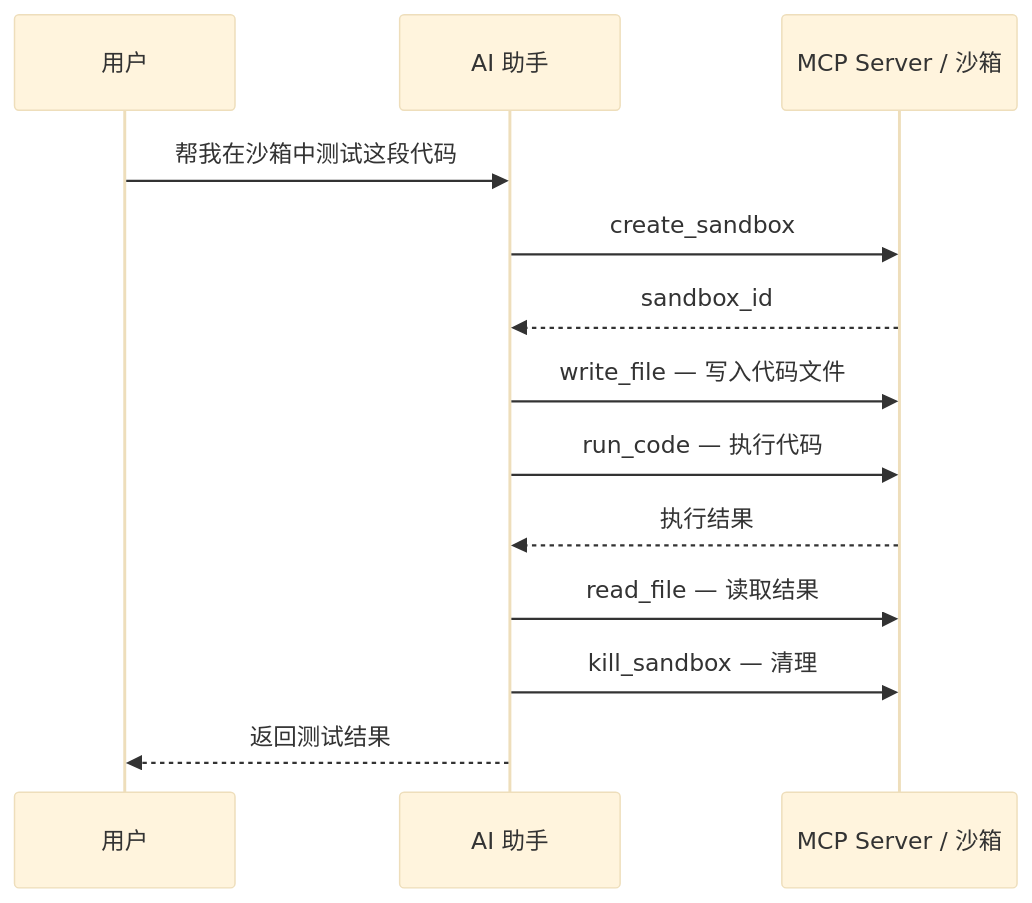
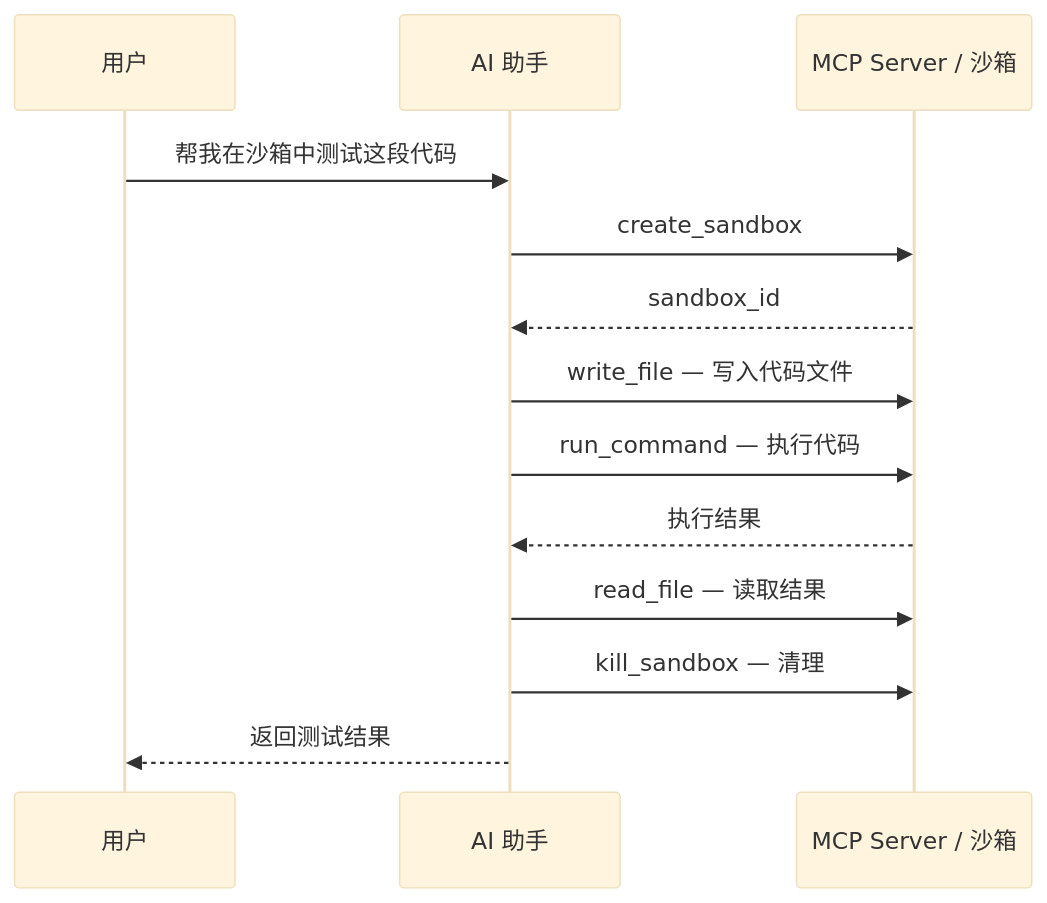
The diagram in docs/zh/guide/mcp-integration.md (Alibaba-Agent-Sandbox/agent-sandbox), drawn with Mermaid (base theme) before and after one commit. The commit also changed other lines of this file and 12 other files, not shown here.

````diff
--- a/docs/zh/guide/mcp-integration.md
+++ b/docs/zh/guide/mcp-integration.md
@@ -284,16 +288,16 @@
 ```mermaid
 sequenceDiagram
     participant User as 用户
     participant AI as AI 助手
     participant MCP as MCP Server / 沙箱
 
     User->>AI: 帮我在沙箱中测试这段代码
     AI->>MCP: create_sandbox
     MCP-->>AI: sandbox_id
     AI->>MCP: write_file — 写入代码文件
-    AI->>MCP: run_code — 执行代码
+    AI->>MCP: run_command — 执行代码
     MCP-->>AI: 执行结果
     AI->>MCP: read_file — 读取结果
     AI->>MCP: kill_sandbox — 清理
     AI-->>User: 返回测试结果
 ```
````
